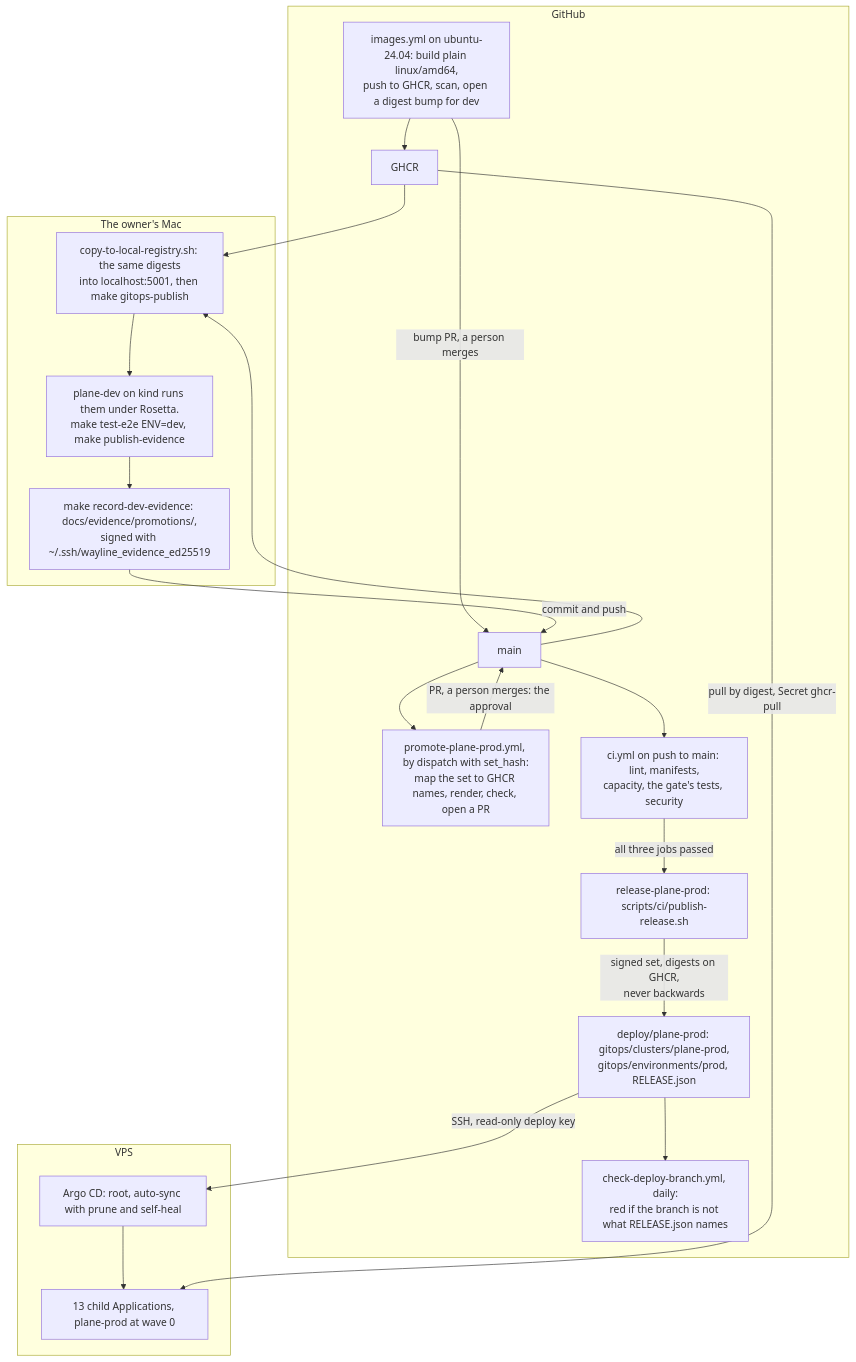
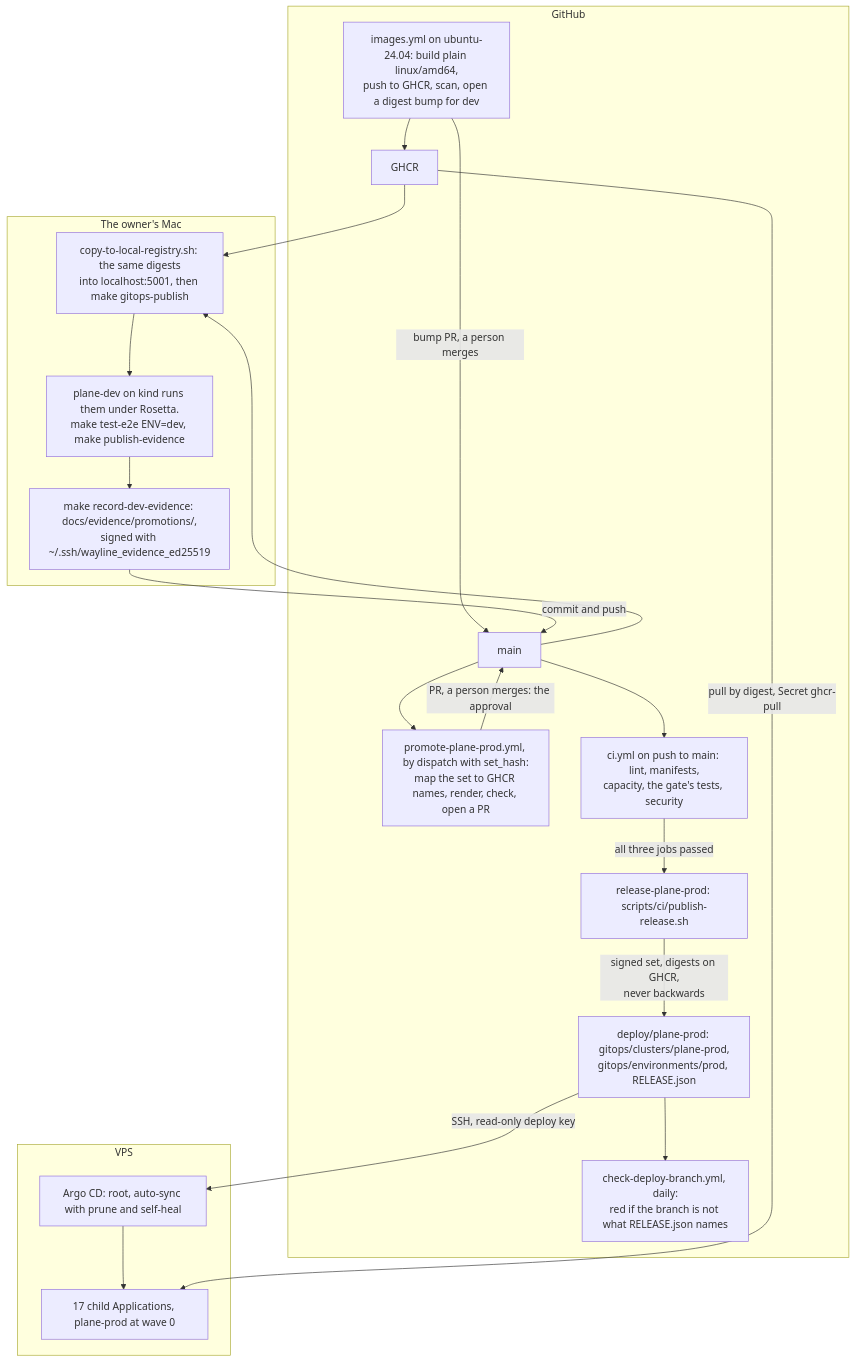
The ninth of 11 diagrams in docs/architecture.md (BereketAbera/plane-platform), drawn with Mermaid before and after one commit. The commit also changed other lines of this file and 10 other files, not shown here.

````diff
--- a/docs/architecture.md
+++ b/docs/architecture.md
@@ -670,41 +670,41 @@
 ```mermaid
 flowchart TB
   subgraph gh["GitHub"]
     images["images.yml on ubuntu-24.04: build plain linux/amd64,<br/>push to GHCR, scan, open a digest bump for dev"]
     main["main"]
     promo["promote-plane-prod.yml, by dispatch with set_hash:<br/>map the set to GHCR names, render, check, open a PR"]
     ci["ci.yml on push to main: lint, manifests,<br/>capacity, the gate's tests, security"]
     release["release-plane-prod: scripts/ci/publish-release.sh"]
     deploybranch["deploy/plane-prod: gitops/clusters/plane-prod,<br/>gitops/environments/prod, RELEASE.json"]
     daily["check-deploy-branch.yml, daily:<br/>red if the branch is not what RELEASE.json names"]
     ghcr["GHCR"]
   end
 
   subgraph mac["The owner's Mac"]
     copy["copy-to-local-registry.sh: the same digests<br/>into localhost:5001, then make gitops-publish"]
     devrun["plane-dev on kind runs them under Rosetta.<br/>make test-e2e ENV=dev, make publish-evidence"]
     record["make record-dev-evidence: docs/evidence/promotions/,<br/>signed with ~/.ssh/wayline_evidence_ed25519"]
   end
 
   subgraph vps["VPS"]
     argo["Argo CD: root, auto-sync with prune and self-heal"]
-    children["13 child Applications, plane-prod at wave 0"]
+    children["17 child Applications, plane-prod at wave 0"]
   end
 
   images --> ghcr
   images -->|"bump PR, a person merges"| main
   main --> copy
   ghcr --> copy
   copy --> devrun
   devrun --> record
   record -->|"commit and push"| main
   main --> promo
   promo -->|"PR, a person merges: the approval"| main
   main --> ci
   ci -->|"all three jobs passed"| release
   release -->|"signed set, digests on GHCR,<br/>never backwards"| deploybranch
   deploybranch --> daily
   deploybranch -->|"SSH, read-only deploy key"| argo
   argo --> children
   ghcr -->|"pull by digest, Secret ghcr-pull"| children
 ```
````
